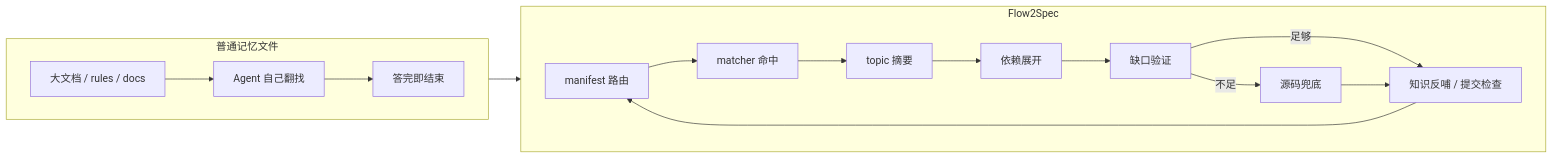
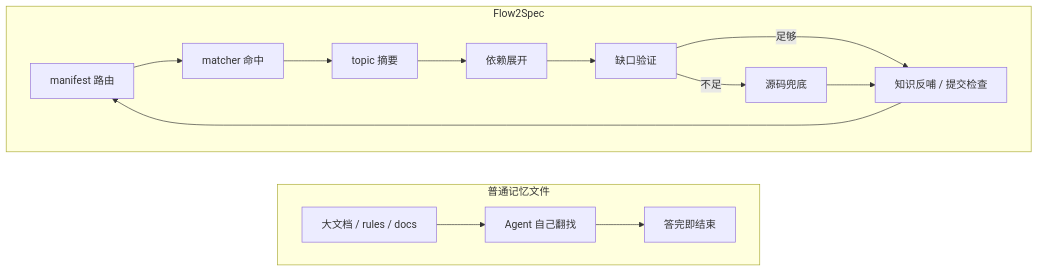
The third of 3 diagrams in docs/Flow2Spec基础介绍.md (Lands-1203/Flow2Spec), drawn with Mermaid before and after one commit.

Commit message:
Remove redundant transition from L to R

````diff
--- a/docs/Flow2Spec基础介绍.md
+++ b/docs/Flow2Spec基础介绍.md
@@ -454,27 +454,27 @@
 ```mermaid
 flowchart LR
   subgraph L[普通记忆文件]
     direction LR
     L1[大文档 / rules / docs]
     L2[Agent 自己翻找]
     L3[答完即结束]
     L1 --> L2 --> L3
   end
 
   subgraph R[Flow2Spec]
     direction LR
     R1[manifest 路由]
     R2[matcher 命中]
     R3[topic 摘要]
     R4[依赖展开]
     R5[缺口验证]
     R6[源码兜底]
     R7[知识反哺 / 提交检查]
     R1 --> R2 --> R3 --> R4 --> R5
     R5 -->|足够| R7
     R5 -->|不足| R6 --> R7
     R7 --> R1
   end
 
-  L --> R
+
 ```
````
